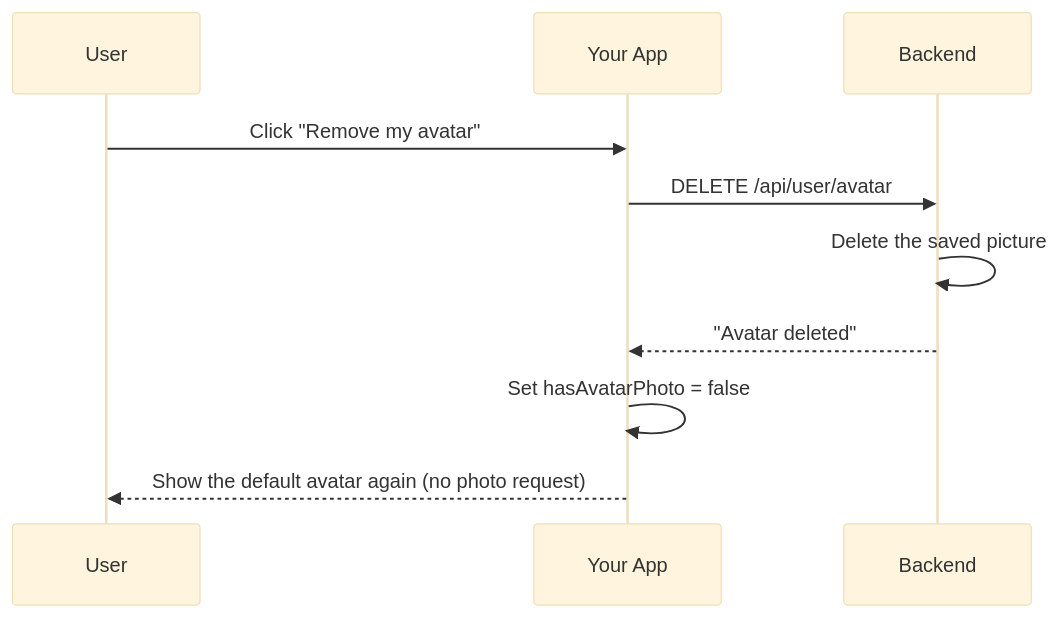
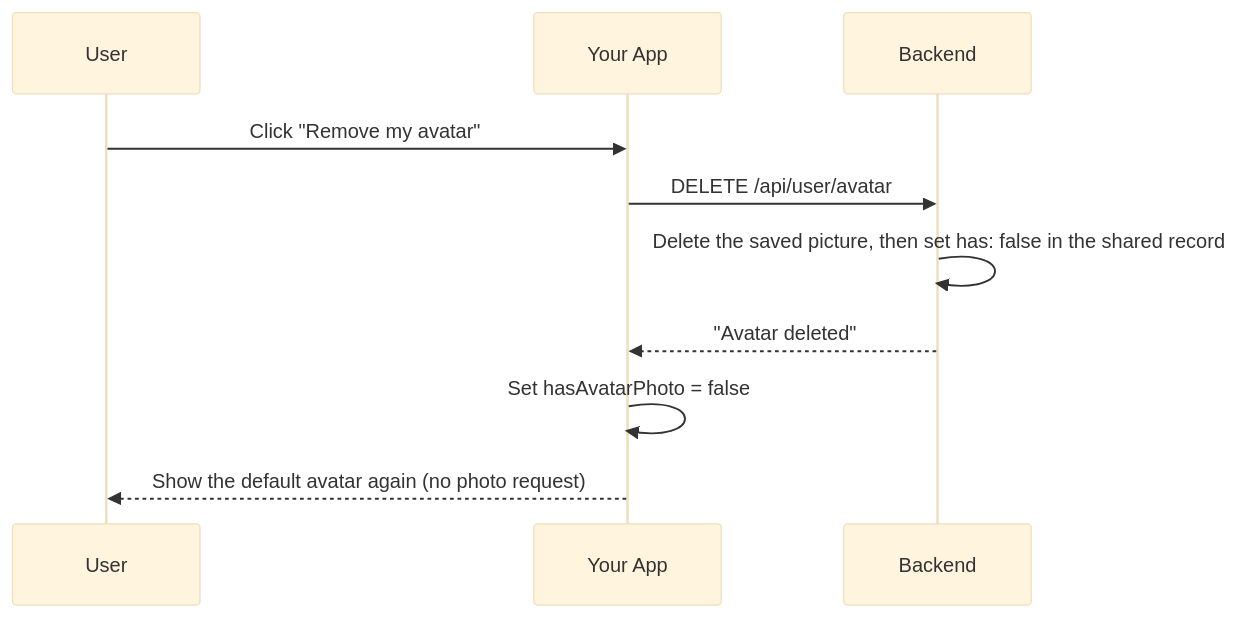
The fifth of 5 diagrams in docs/backend/backend-user-module.md (JaxzTan/ft_transcendence), drawn with Mermaid (base theme) before and after one commit. The commit also changed other lines of this file and 68 other files, not shown here.

````diff
--- a/docs/backend/backend-user-module.md
+++ b/docs/backend/backend-user-module.md
@@ -177,13 +181,13 @@
 ```mermaid
 sequenceDiagram
     participant User
     participant Site as Your App
     participant Server as Backend
 
     User->>Site: Click "Remove my avatar"
     Site->>Server: DELETE /api/user/avatar
-    Server->>Server: Delete the saved picture
+    Server->>Server: Delete the saved picture, then set has: false in the shared record
     Server-->>Site: "Avatar deleted"
     Site->>Site: Set hasAvatarPhoto = false
     Site-->>User: Show the default avatar again (no photo request)
 ```
````
